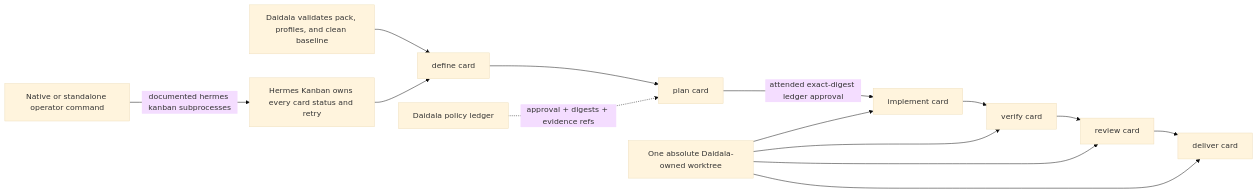
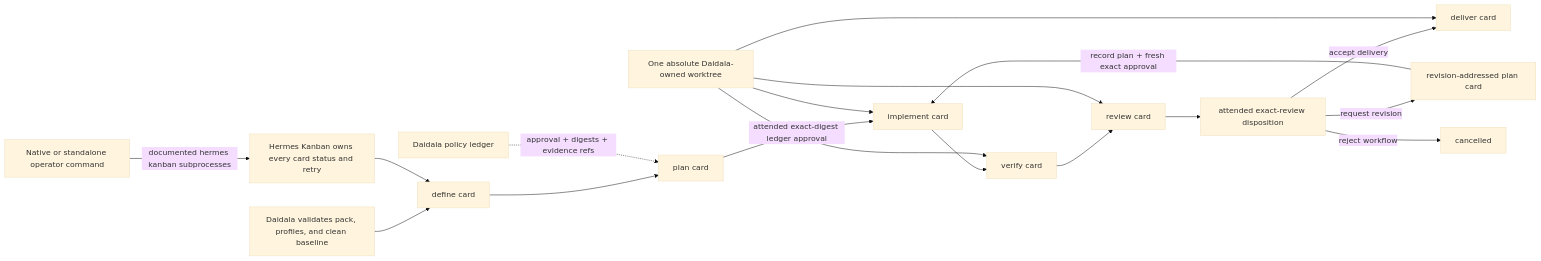
Before and after one commit to forgegod/daidala: the third of 3 diagrams in docs/01-architecture.md, drawn with Mermaid (base theme). The commit also changed other lines of this file and 19 other files, not shown here.

First line of the commit message:
docs(review): document attended revision workflow

````diff
--- a/docs/01-architecture.md
+++ b/docs/01-architecture.md
@@ -118,18 +121,22 @@
 ```mermaid
 flowchart LR
     START["Daidala validates pack, profiles, and clean baseline"] --> DEFINE["define card"]
     DEFINE --> PLAN["plan card"]
     PLAN -->|"attended exact-digest ledger approval"| IMPLEMENT["implement card"]
     IMPLEMENT --> VERIFY["verify card"]
     VERIFY --> REVIEW["review card"]
-    REVIEW --> DELIVER["deliver card"]
+    REVIEW --> DISPOSITION["attended exact-review disposition"]
+    DISPOSITION -->|"accept delivery"| DELIVER["deliver card"]
+    DISPOSITION -->|"request revision"| NEXT_PLAN["revision-addressed plan card"]
+    NEXT_PLAN -->|"record plan + fresh exact approval"| IMPLEMENT
+    DISPOSITION -->|"reject workflow"| CANCELLED["cancelled"]
 
     KB["Hermes Kanban owns every card status and retry"] --> DEFINE
     LEDGER["Daidala policy ledger"] -."approval + digests + evidence refs".-> PLAN
     WORKTREE["One absolute Daidala-owned worktree"] --> IMPLEMENT
     WORKTREE --> VERIFY
     WORKTREE --> REVIEW
     WORKTREE --> DELIVER
 
     CLI["Native or standalone operator command"] -->|"documented hermes kanban subprocesses"| KB
 ```
````
